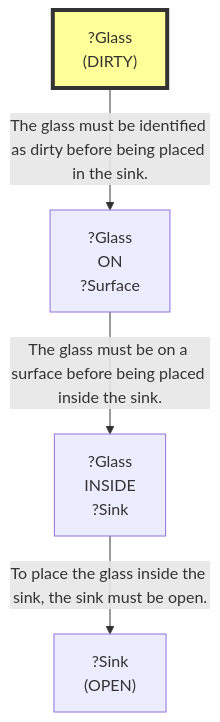
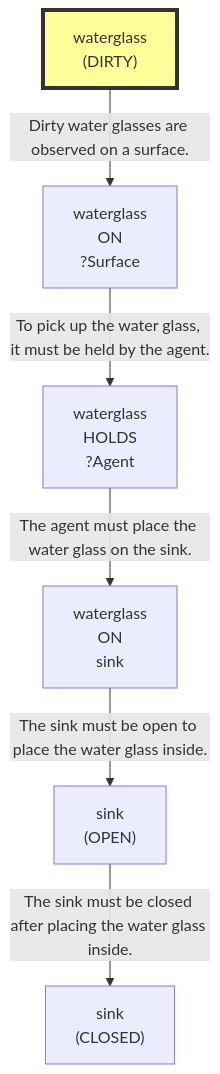
Before and after one commit to scuama/virtualhome: the sixth of 10 diagrams in evaluation/results/table4/_raw/qwen/run_T4_qwen_M1_03.md, drawn with Mermaid. The commit also changed other lines of this file and 368 other files, not shown here.

````diff
--- a/evaluation/results/table4/_raw/qwen/run_T4_qwen_M1_03.md
+++ b/evaluation/results/table4/_raw/qwen/run_T4_qwen_M1_03.md
@@ -559,11 +502,15 @@
 ```mermaid
 graph TD
-    N1["?Glass<br>(DIRTY)"]
+    N1["waterglass<br>(DIRTY)"]
     style N1 fill:#ff9,stroke:#333,stroke-width:4px
-    N2["?Glass<br>ON<br>?Surface"]
-    N3["?Glass<br>INSIDE<br>?Sink"]
-    N4["?Sink<br>(OPEN)"]
-    N3 -->|"To place the glass inside the sink, the sink must be open."| N4
-    N2 -->|"The glass must be on a surface before being placed inside the sink."| N3
-    N1 -->|"The glass must be identified as dirty before being placed in the sink."| N2
+    N2["waterglass<br>ON<br>?Surface"]
+    N3["waterglass<br>HOLDS<br>?Agent"]
+    N4["waterglass<br>ON<br>sink"]
+    N5["sink<br>(OPEN)"]
+    N6["sink<br>(CLOSED)"]
+    N1 -->|"Dirty water glasses are observed on a surface."| N2
+    N2 -->|"To pick up the water glass, it must be held by the agent."| N3
+    N3 -->|"The agent must place the water glass on the sink."| N4
+    N4 -->|"The sink must be open to place the water glass inside."| N5
+    N5 -->|"The sink must be closed after placing the water glass inside."| N6
 ```
````
